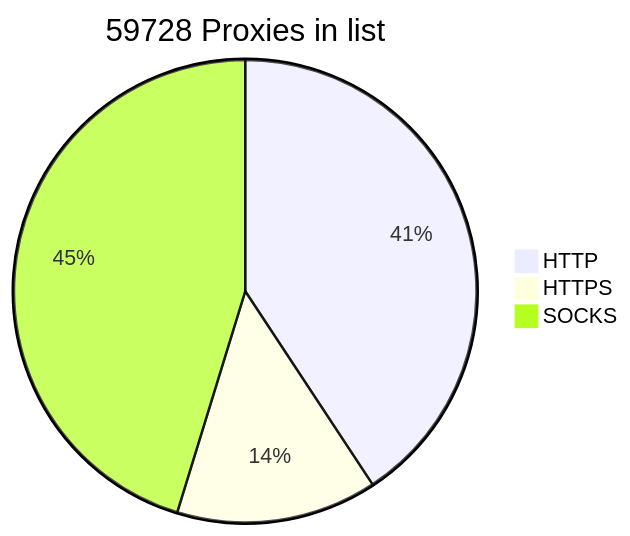
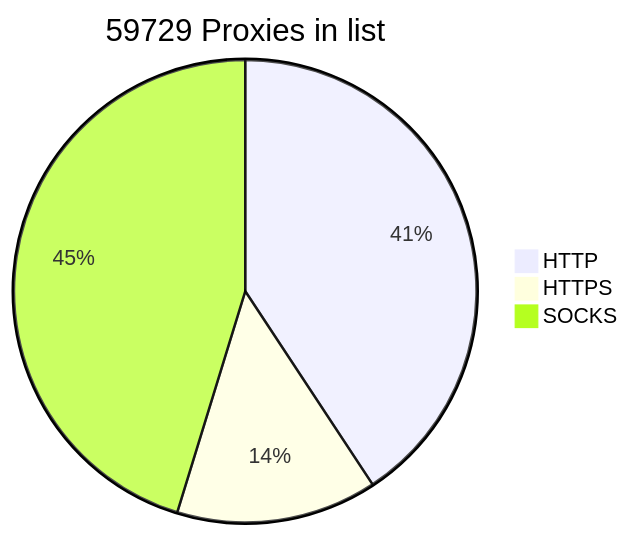
The diagram in README.md (BlackSnowDot/proxylist-update-every-minute), drawn with Mermaid before and after one commit.

````diff
--- a/README.md
+++ b/README.md
@@ -2,6 +2,6 @@
 ```mermaid
-pie title 59728 Proxies in list
+pie title 59729 Proxies in list
     "HTTP" : 27459
     "HTTPS": 9458
-    "SOCKS" : 30509
+    "SOCKS" : 30510
 ```
````
